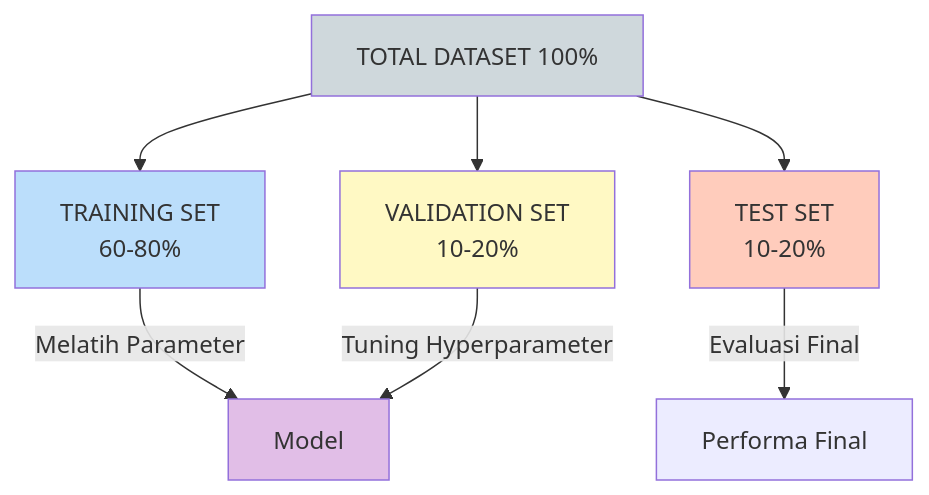
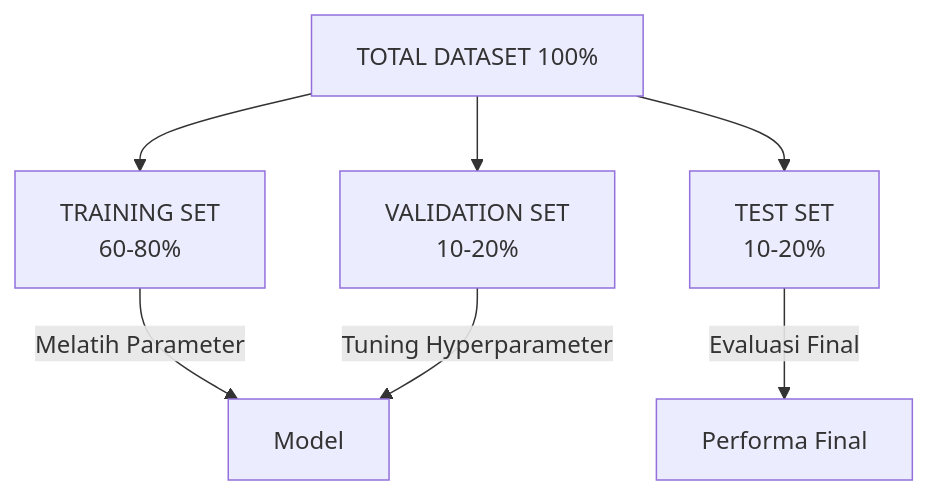
Before and after one commit to antonprafanto/dasarAI2026: the fourth of 10 diagrams in bab-05-machine-learning.md, drawn with Mermaid. The commit also changed other lines of this file and 8 other files, not shown here.

Commit message:
Fix: Remove custom Mermaid styling for better dark mode visibility

````diff
--- a/bab-05-machine-learning.md
+++ b/bab-05-machine-learning.md
@@ -165,16 +159,10 @@
 ```mermaid
 graph TD
     Total[TOTAL DATASET 100%] --> TrainSet[TRAINING SET<br/>60-80%]
     Total --> ValSet[VALIDATION SET<br/>10-20%]
     Total --> TestSet[TEST SET<br/>10-20%]
 
     TrainSet -->|Melatih Parameter| Model
     ValSet -->|Tuning Hyperparameter| Model
     TestSet -->|Evaluasi Final| Perf[Performa Final]
-
-    style Total fill:#cfd8dc
-    style TrainSet fill:#bbdefb
-    style ValSet fill:#fff9c4
-    style TestSet fill:#ffccbc
-    style Model fill:#e1bee7
 ```
````
